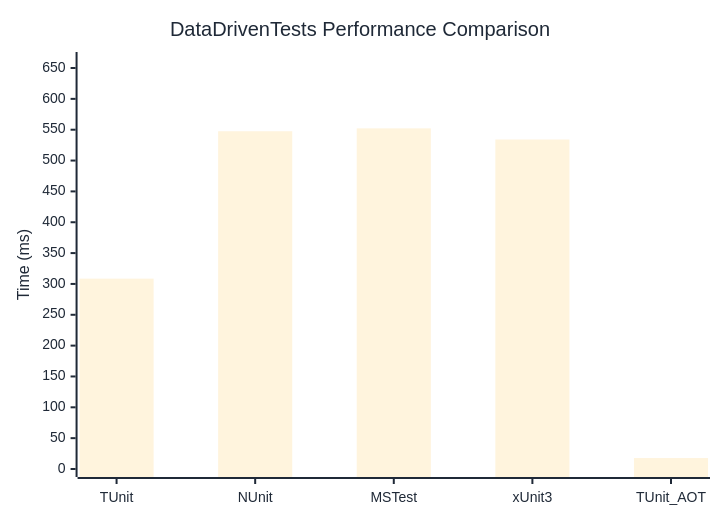
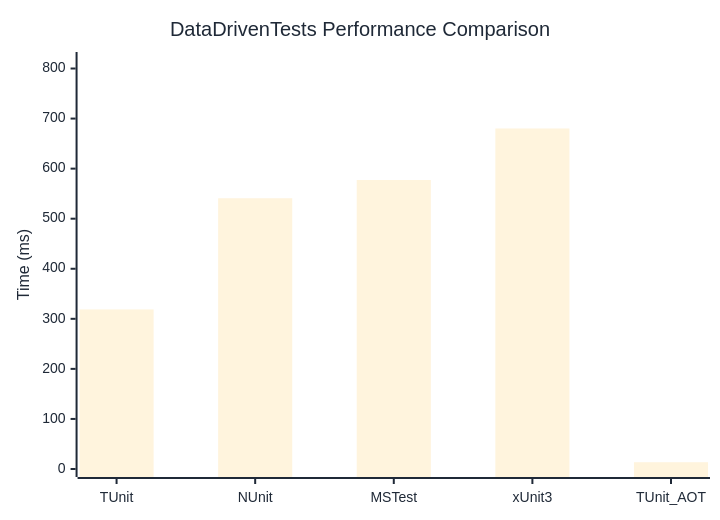
One commit to thomhurst/TUnit changed the diagram in docs/docs/benchmarks/engine/DataDrivenTests.md. Above: the diagram before and after it, drawn with Mermaid. The commit also changed other lines of this file and 18 other files, not shown here.

````diff
--- a/docs/docs/benchmarks/engine/DataDrivenTests.md
+++ b/docs/docs/benchmarks/engine/DataDrivenTests.md
@@ -29,37 +29,37 @@
 ```mermaid
 %%{init: {
   'theme':'base',
   'themeVariables': {
     'primaryColor': '#2563eb',
     'primaryTextColor': '#1f2937',
     'primaryBorderColor': '#1e40af',
     'lineColor': '#6b7280',
     'secondaryColor': '#7c3aed',
     'tertiaryColor': '#dc2626',
     'background': '#ffffff',
     'mainBkg': '#2563eb',
     'secondBkg': '#7c3aed',
     'tertiaryBkg': '#dc2626',
     'clusterBkg': '#f3f4f6',
     'edgeLabelBackground': '#ffffff',
     'tertiaryTextColor': '#1f2937',
     'pie1': '#2563eb',
     'pie2': '#7c3aed',
     'pie3': '#dc2626',
     'pie4': '#f59e0b',
     'pie5': '#10b981',
     'pie6': '#06b6d4',
     'pie7': '#ec4899',
     'pie8': '#6366f1',
     'pie9': '#84cc16',
     'pie10': '#f97316',
     'pie11': '#14b8a6',
     'pie12': '#a855f7'
   }
 }}%%
 xychart-beta
   title "DataDrivenTests Performance Comparison"
   x-axis ["TUnit", "NUnit", "MSTest", "xUnit3", "TUnit_AOT"]
-  y-axis "Time (ms)" 0 --> 663
-  bar [308.59, 547.52, 552.18, 534.14, 17.74]
+  y-axis "Time (ms)" 0 --> 817
+  bar [318.76, 540.84, 577.3, 680.19, 13.53]
 ```
````
